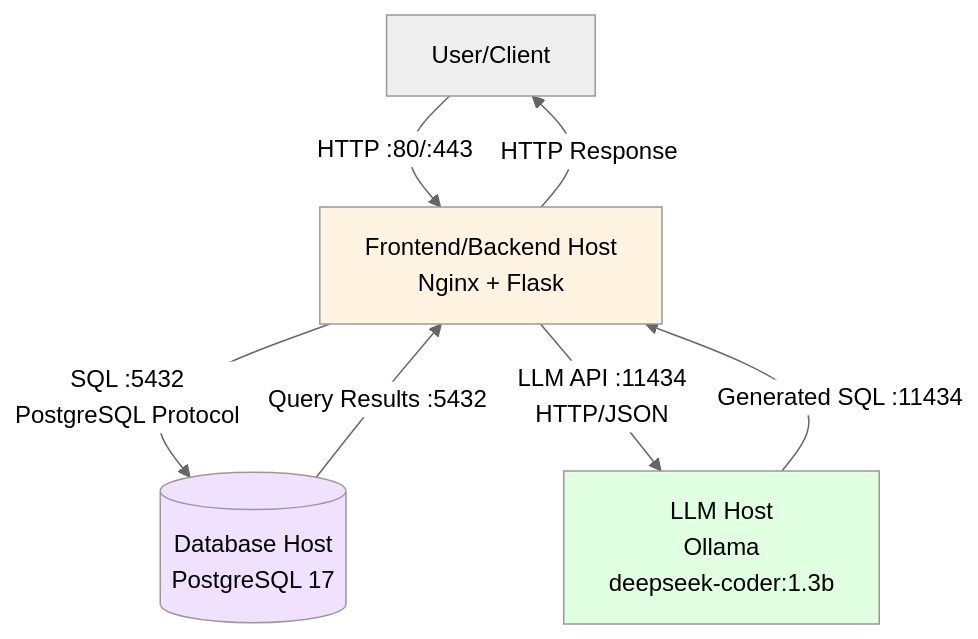
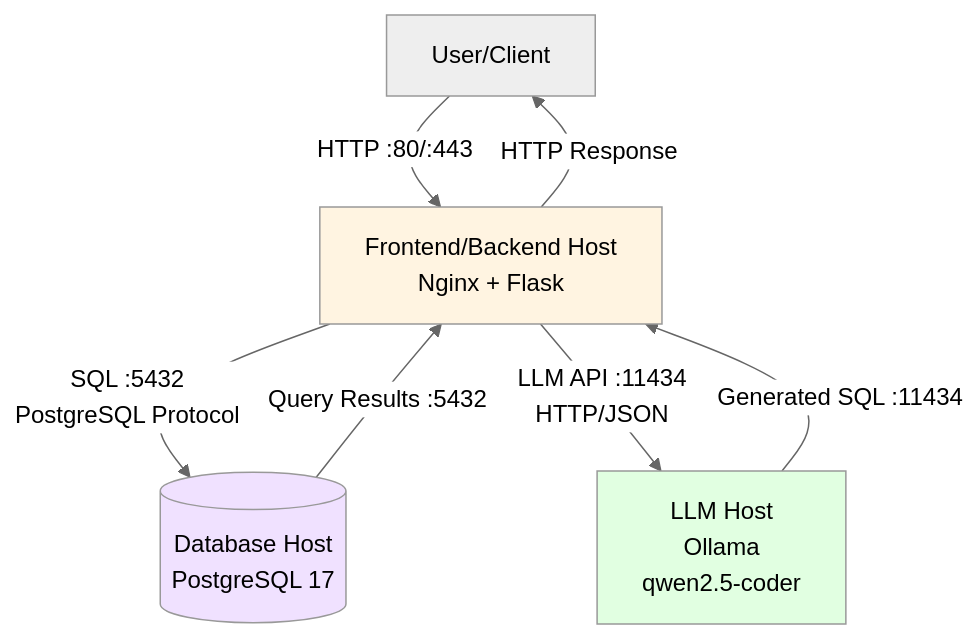
One commit to sarahsl-prog/DB_Security_Testing changed the diagram in LabDocumentation/docs/architecture/test-lab-architecture.mermaid. Above: the diagram before and after it, drawn with Mermaid (neutral theme). The commit also changed 43 other files, not shown here.

First line of the commit message:
Update documentation: model references to qwen2.5-coder and add DRAFT notices

```diff
--- a/LabDocumentation/docs/architecture/test-lab-architecture.mermaid
+++ b/LabDocumentation/docs/architecture/test-lab-architecture.mermaid
@@ -1,12 +1,12 @@
 graph TB
     User[User/Client] -->|HTTP :80/:443| Frontend[Frontend/Backend Host<br/>Nginx + Flask]
     Frontend -->|SQL :5432<br/>PostgreSQL Protocol| Database[(Database Host<br/>PostgreSQL 17)]
-    Frontend -->|LLM API :11434<br/>HTTP/JSON| LLM[LLM Host<br/>Ollama<br/>deepseek-coder:1.3b]
+    Frontend -->|LLM API :11434<br/>HTTP/JSON| LLM[LLM Host<br/>Ollama<br/>qwen2.5-coder]
     
     Database -->|Query Results :5432| Frontend
     LLM -->|Generated SQL :11434| Frontend
     Frontend -->|HTTP Response| User
     
     style Frontend fill:#fff4e1
     style Database fill:#f0e1ff
     style LLM fill:#e1ffe1
```
